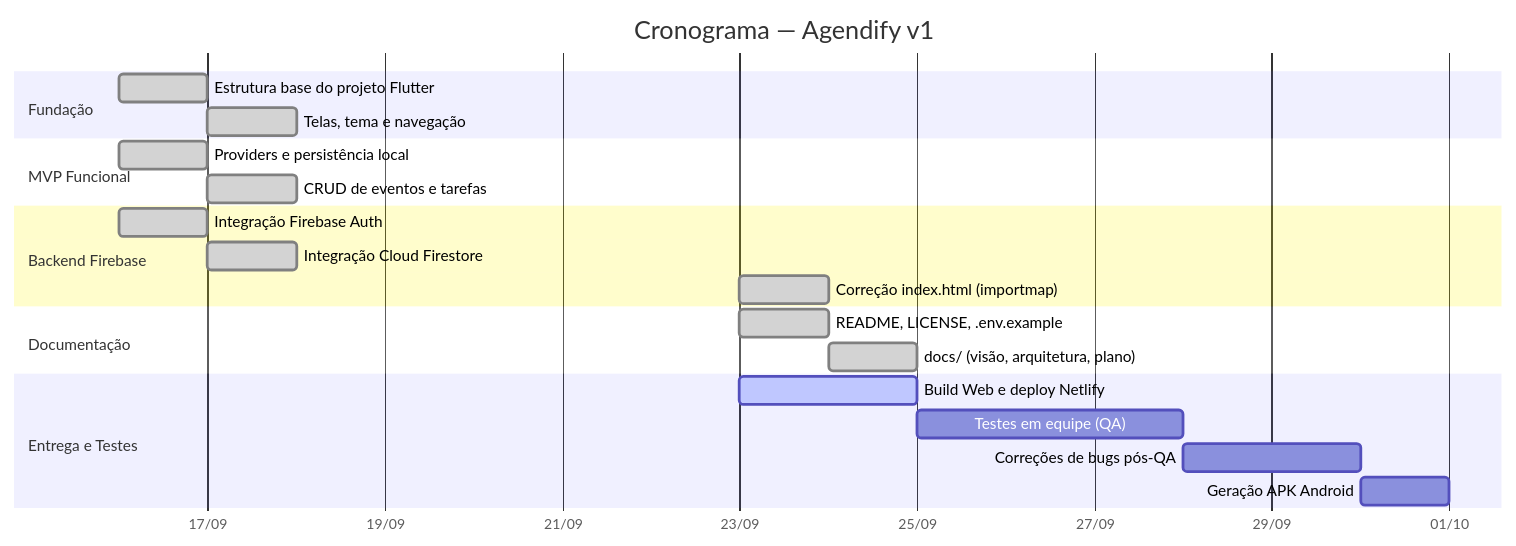
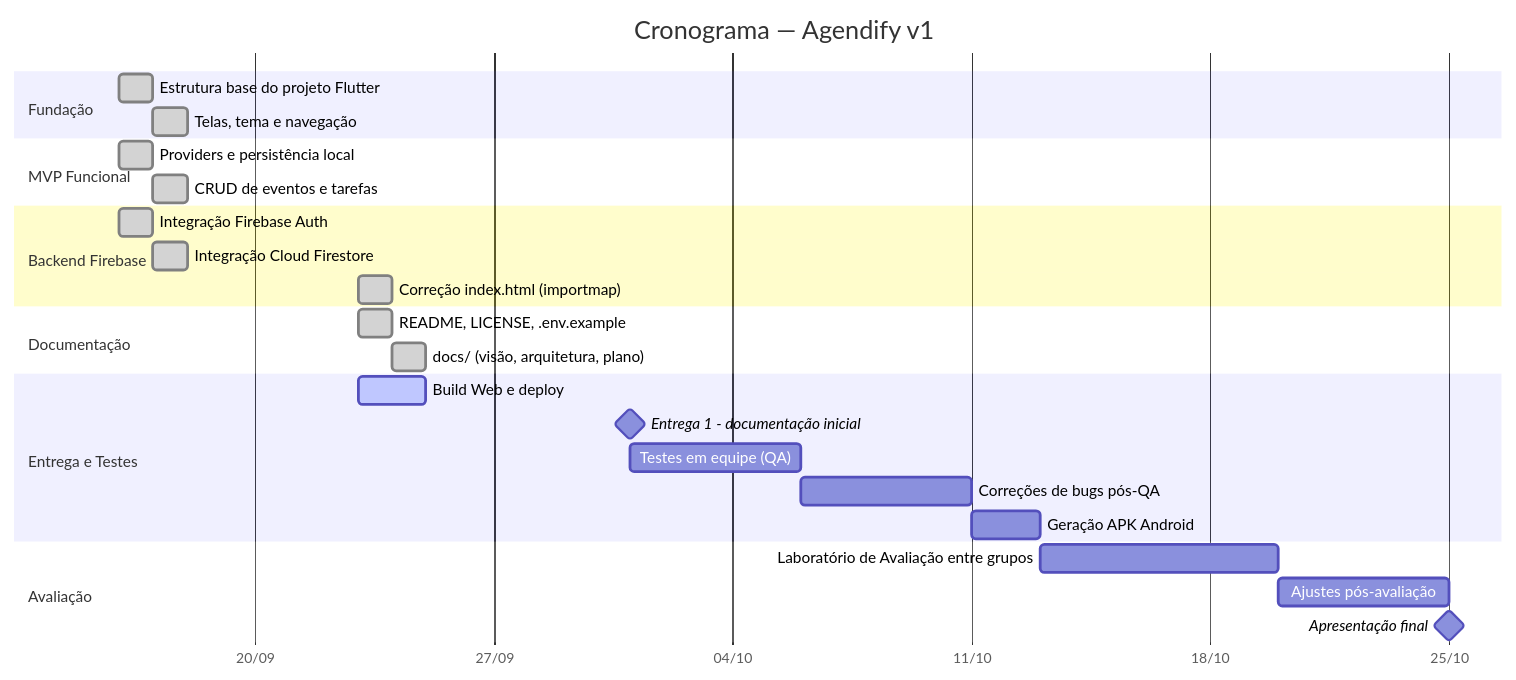
One commit to Leptospirose-Aguda/agendify changed the first of 2 diagrams in docs/03-planejamento.md. Above: the diagram before and after it, drawn with Mermaid. The commit also changed other lines of this file and 2 other files, not shown here.

Commit message:
docs: completar visão, arquitetura e planejamento conforme checklist

````diff
--- a/docs/03-planejamento.md
+++ b/docs/03-planejamento.md
@@ -5,29 +9,35 @@
 ```mermaid
 gantt
     title Cronograma — Agendify v1
     dateFormat  YYYY-MM-DD
     axisFormat  %d/%m
 
     section Fundação
     Estrutura base do projeto Flutter     :done,    s1, 2026-09-16, 1d
     Telas, tema e navegação               :done,    s2, after s1,   1d
 
     section MVP Funcional
     Providers e persistência local        :done,    m1, 2026-09-16, 1d
     CRUD de eventos e tarefas             :done,    m2, after m1,   1d
 
     section Backend Firebase
     Integração Firebase Auth              :done,    f1, 2026-09-16, 1d
     Integração Cloud Firestore            :done,    f2, after f1,   1d
     Correção index.html (importmap)       :done,    f3, 2026-09-23, 1d
 
     section Documentação
     README, LICENSE, .env.example         :done,    d1, 2026-09-23, 1d
     docs/ (visão, arquitetura, plano)     :done,    d2, after d1,   1d
 
     section Entrega e Testes
-    Build Web e deploy Netlify            :active,  e1, 2026-09-23, 2d
-    Testes em equipe (QA)                 :         e2, after e1,   3d
-    Correções de bugs pós-QA              :         e3, after e2,   2d
-    Geração APK Android                   :         e4, after e3,   1d
+    Build Web e deploy                    :active,  e1, 2026-09-23, 2d
+    Entrega 1 - documentação inicial      :milestone, ent1, 2026-10-01, 0d
+    Testes em equipe (QA)                 :         e2, after ent1, 5d
+    Correções de bugs pós-QA              :         e3, after e2,   5d
+    Geração APK Android                   :         e4, after e3,   2d
+
+    section Avaliação
+    Laboratório de Avaliação entre grupos :         av, after e4,   7d
+    Ajustes pós-avaliação                 :         aj, after av,   5d
+    Apresentação final                    :milestone, fim, after aj, 0d
 ```
````
